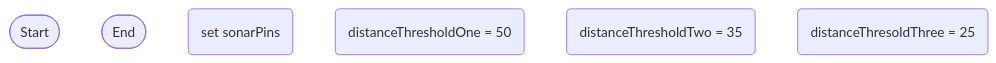
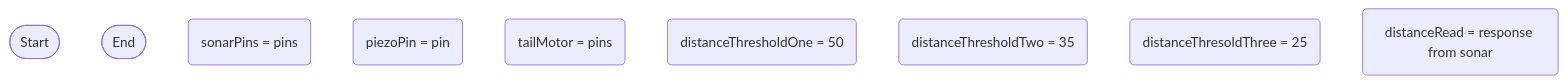
The diagram in logic.md (Deltace05/SmartDog), drawn with Mermaid before and after one commit.

````diff
--- a/logic.md
+++ b/logic.md
@@ -1,10 +1,12 @@
 ```mermaid
 flowchart TD
 terminalStart([Start])
 terminalEnd([End])
-declareSonarRead(set sonarPins)
+setSonarRead(sonarPins = pins)
+setPiezoPin(piezoPin = pin)
+setTail(tailMotor = pins)
 thresholdSetOne(distanceThresholdOne = 50)
 thresholdSetTwo(distanceThresholdTwo = 35)
 thresholdSetThree(distanceThresoldThree = 25)
-
+currentDistanceReading(distanceRead = response from sonar)
 ```
````
